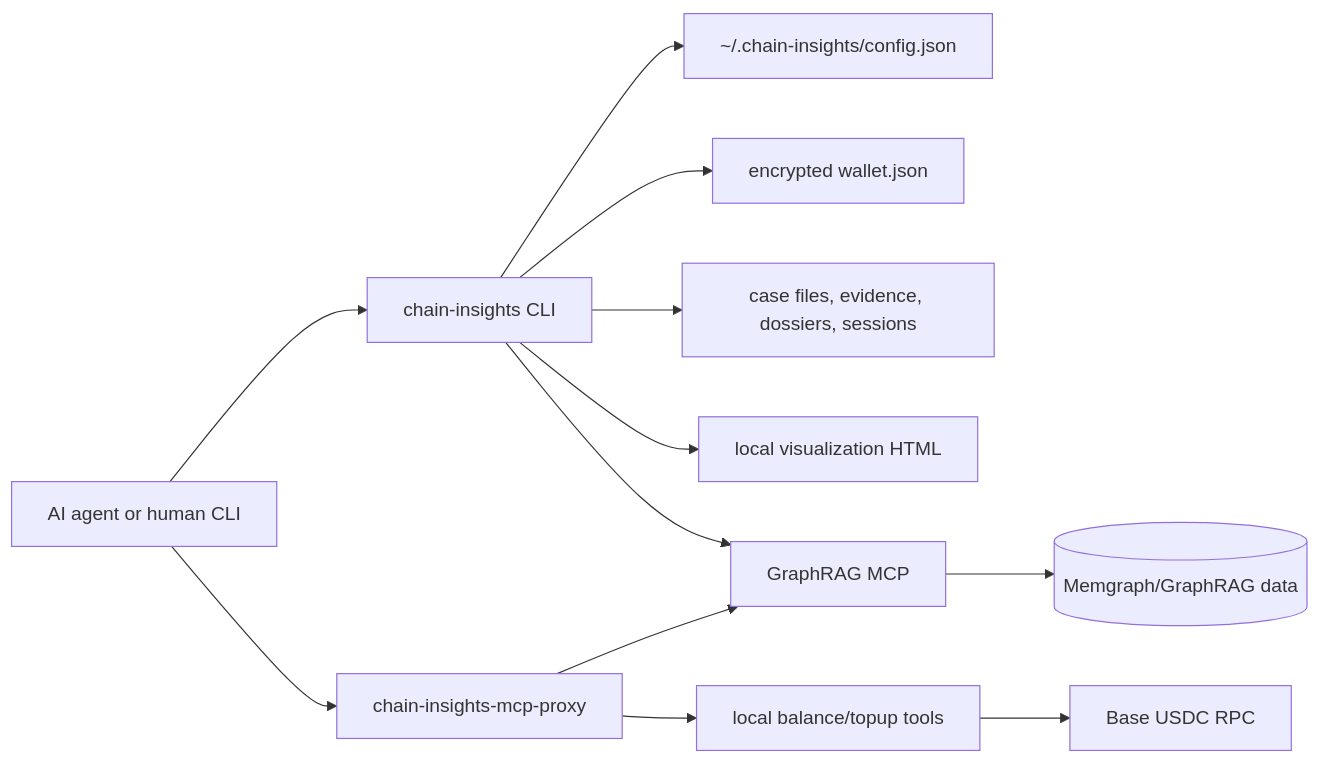
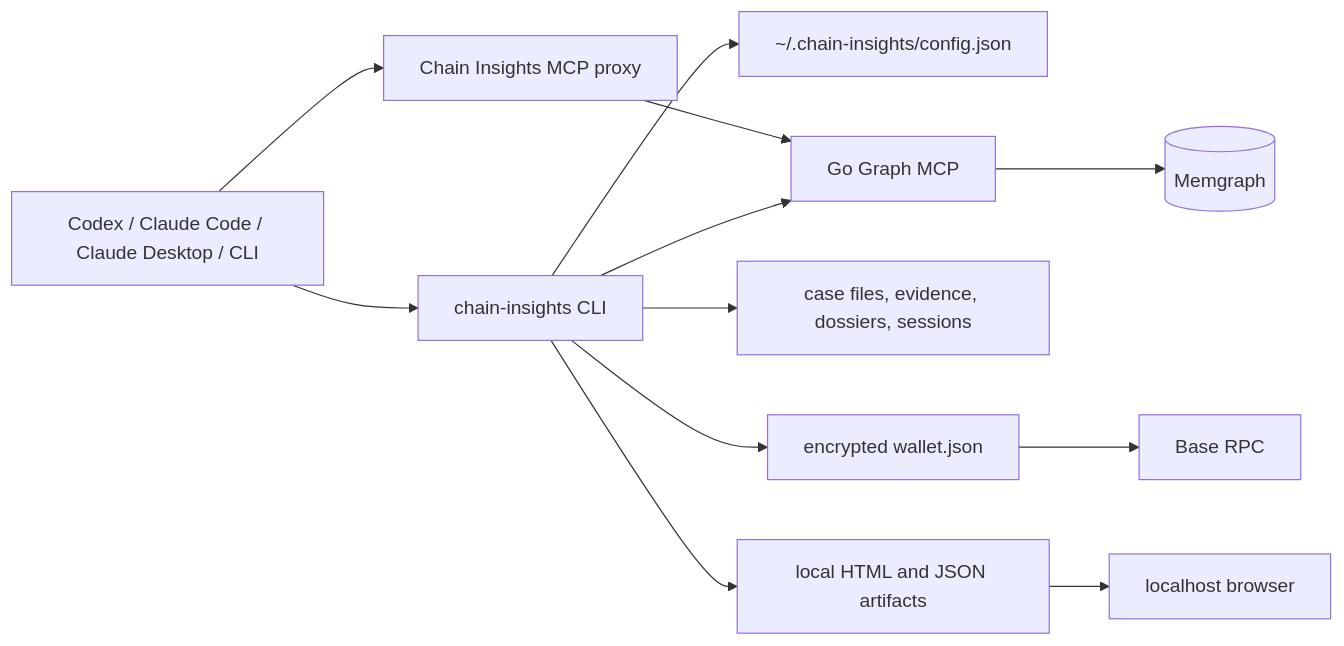
The diagram in README.md (chainswarm/chain-insights), drawn with Mermaid before and after one commit. The commit also changed other lines of this file and 1 other file, not shown here.

Commit message:
docs: document paid graph MCP workflow

````diff
--- a/README.md
+++ b/README.md
@@ -732,14 +516,14 @@
 ```mermaid
 flowchart LR
-  Agent[AI agent or human CLI] --> CLI[chain-insights CLI]
-  Agent --> Proxy[chain-insights-mcp-proxy]
+  Agent[Codex / Claude Code / Claude Desktop / CLI] --> Proxy[Chain Insights MCP proxy]
+  Agent --> CLI[chain-insights CLI]
   CLI --> Config[~/.chain-insights/config.json]
   CLI --> Wallet[encrypted wallet.json]
   CLI --> Cases[case files, evidence, dossiers, sessions]
-  CLI --> Viz[local visualization HTML]
-  CLI --> Remote[GraphRAG MCP]
-  Proxy --> Remote
-  Proxy --> WalletTools[local balance/topup tools]
-  Remote --> Graph[(Memgraph/GraphRAG data)]
-  WalletTools --> Base[Base USDC RPC]
+  CLI --> Viz[local HTML and JSON artifacts]
+  Proxy --> GraphMCP[Go Graph MCP]
+  CLI --> GraphMCP
+  GraphMCP --> Memgraph[(Memgraph)]
+  Wallet --> Base[Base RPC]
+  Viz --> Browser[localhost browser]
 ```
````
